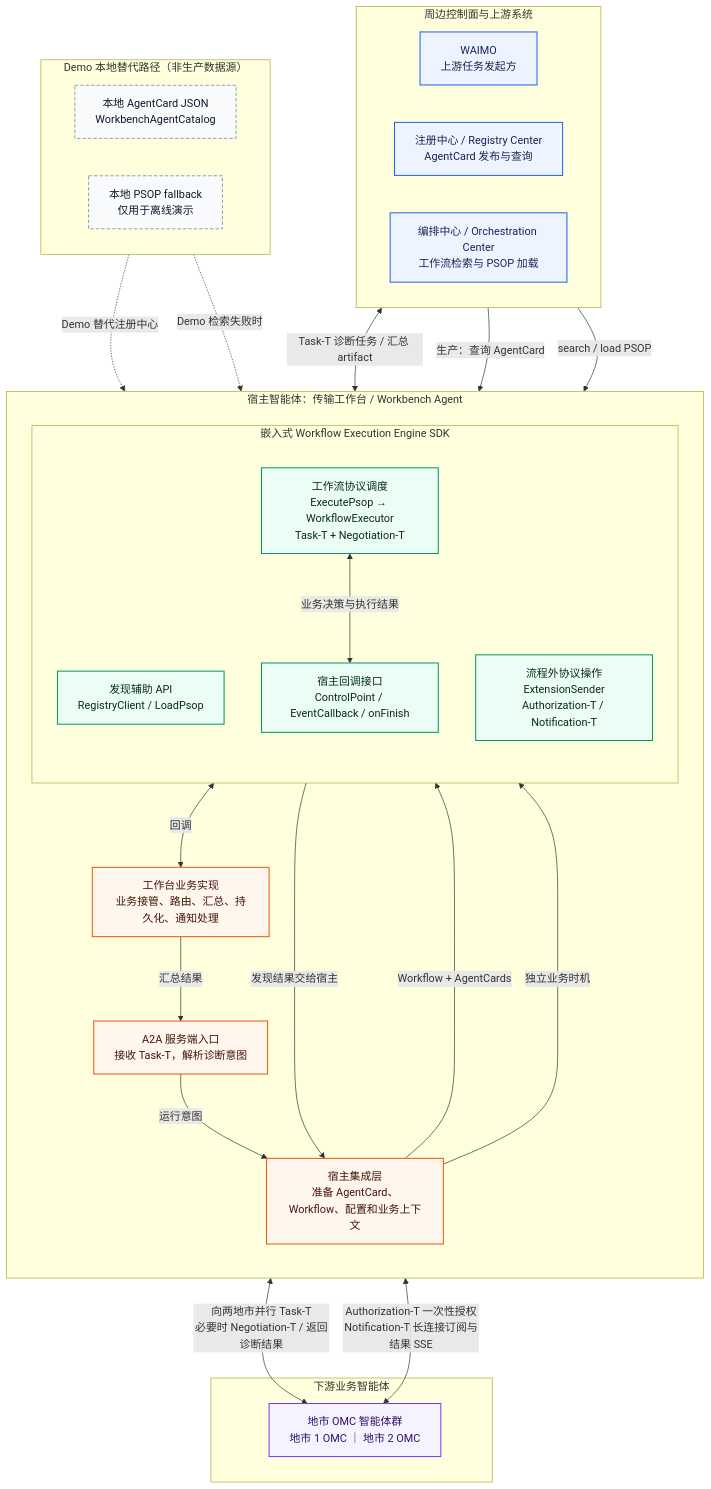
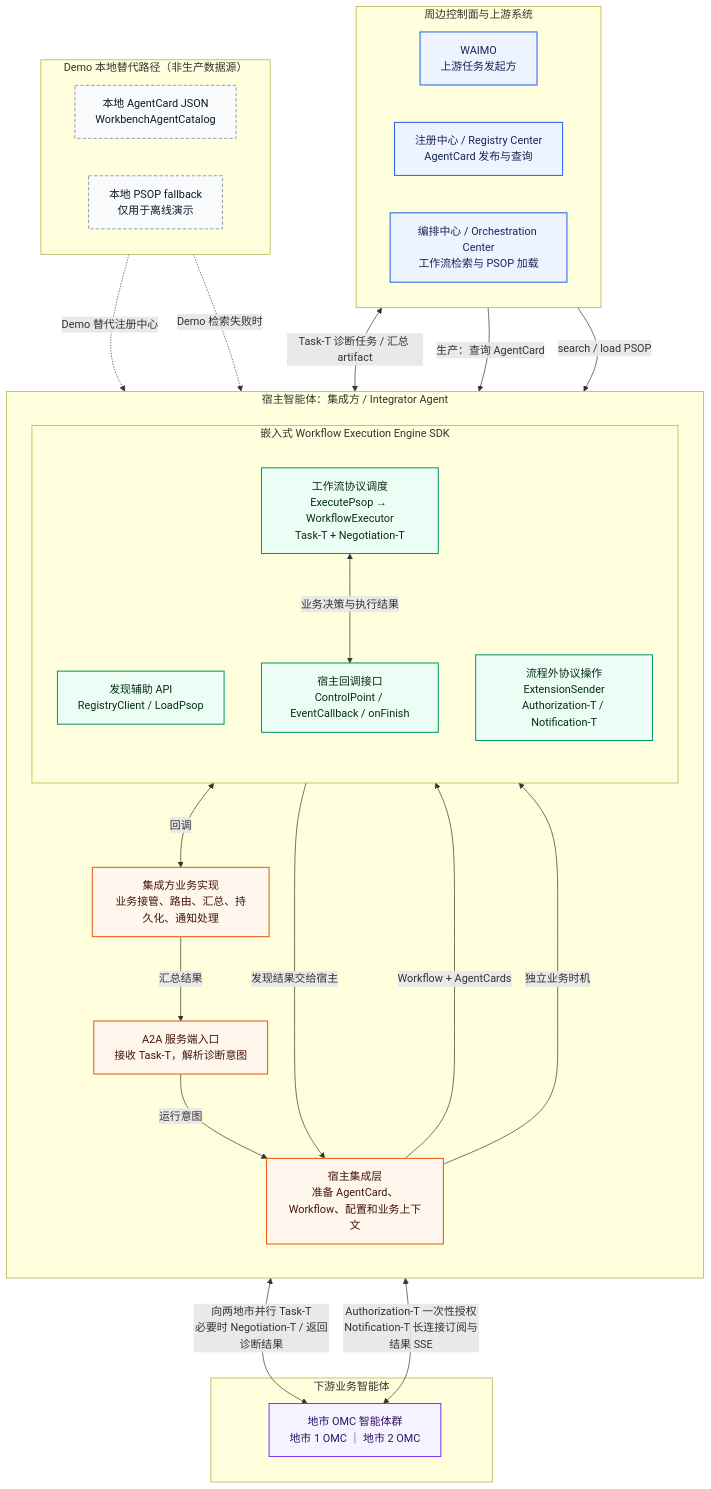
Before and after one commit to Zhoujie628/workflow-engine-sdk-java: the diagram in docs/diagrams/workflow-engine-surrounding-systems.mmd, drawn with Mermaid. The commit also changed 20 other files, not shown here.

```diff
--- a/docs/diagrams/workflow-engine-surrounding-systems.mmd
+++ b/docs/diagrams/workflow-engine-surrounding-systems.mmd
@@ -1,63 +1,63 @@
 %%{
   init: {
     "flowchart": {
       "curve": "basis",
       "nodeSpacing": 55,
       "rankSpacing": 75
     }
   }
 }%%
 flowchart TB
     classDef external fill: #EEF4FF, stroke: #2563EB, color: #172554, stroke-width: 1.5px
     classDef host fill: #FFF7ED, stroke: #EA580C, color: #431407, stroke-width: 1.5px
     classDef sdk fill: #ECFDF5, stroke: #059669, color: #052E16, stroke-width: 1.5px
     classDef local fill: #F8FAFC, stroke: #64748B, color: #0F172A, stroke-dasharray: 5 3
     classDef agent fill: #F5F3FF, stroke: #7C3AED, color: #2E1065, stroke-width: 1.5px
 
     subgraph CONTROL["周边控制面与上游系统"]
         direction LR
         WAIMO["WAIMO<br/>上游任务发起方"]:::external
         REG["注册中心 / Registry Center<br/>AgentCard 发布与查询"]:::external
         ORCH["编排中心 / Orchestration Center<br/>工作流检索与 PSOP 加载"]:::external
     end
 
-    subgraph HOST["宿主智能体：传输工作台 / Workbench Agent"]
+    subgraph HOST["宿主智能体：集成方 / Integrator Agent"]
         direction TB
         ENTRY["A2A 服务端入口<br/>接收 Task-T，解析诊断意图"]:::host
         ADAPTER["宿主集成层<br/>准备 AgentCard、Workflow、配置和业务上下文"]:::host
 
         subgraph ENGINE["嵌入式 Workflow Execution Engine SDK"]
             direction TB
             LOAD["发现辅助 API<br/>RegistryClient / LoadPsop"]:::sdk
             RUN["工作流协议调度<br/>ExecutePsop → WorkflowExecutor<br/>Task-T + Negotiation-T"]:::sdk
             CALLBACK["宿主回调接口<br/>ControlPoint / EventCallback / onFinish"]:::sdk
             EXT["流程外协议操作<br/>ExtensionSender<br/>Authorization-T / Notification-T"]:::sdk
         end
 
-        BIZ["工作台业务实现<br/>业务接管、路由、汇总、持久化、通知处理"]:::host
+        BIZ["集成方业务实现<br/>业务接管、路由、汇总、持久化、通知处理"]:::host
     end
 
     subgraph SAMPLE["Demo 本地替代路径（非生产数据源）"]
         direction LR
         LOCALCARD["本地 AgentCard JSON<br/>WorkbenchAgentCatalog"]:::local
         LOCALPSOP["本地 PSOP fallback<br/>仅用于离线演示"]:::local
     end
 
     subgraph DOWNSTREAM["下游业务智能体"]
         OMCS["地市 OMC 智能体群<br/>地市 1 OMC ｜ 地市 2 OMC"]:::agent
     end
 
     WAIMO <-->|" Task-T 诊断任务 / 汇总 artifact "| ENTRY
     ENTRY -->|" 运行意图 "| ADAPTER
     REG -->|" 生产：查询 AgentCard "| LOAD
     ORCH -->|" search / load PSOP "| LOAD
     LOCALCARD -.->|" Demo 替代注册中心 "| ADAPTER
     LOCALPSOP -.->|" Demo 检索失败时 "| ADAPTER
     LOAD -->|" 发现结果交给宿主 "| ADAPTER
     ADAPTER -->|" Workflow + AgentCards "| RUN
     RUN <-->|" 业务决策与执行结果 "| CALLBACK
     CALLBACK <-->|" 回调 "| BIZ
     ADAPTER -->|" 独立业务时机 "| EXT
     RUN <-->|" 向两地市并行 Task-T<br/>必要时 Negotiation-T / 返回诊断结果 "| OMCS
     EXT <-->|" Authorization-T 一次性授权<br/>Notification-T 长连接订阅与结果 SSE "| OMCS
     BIZ -->|" 汇总结果 "| ENTRY
```
